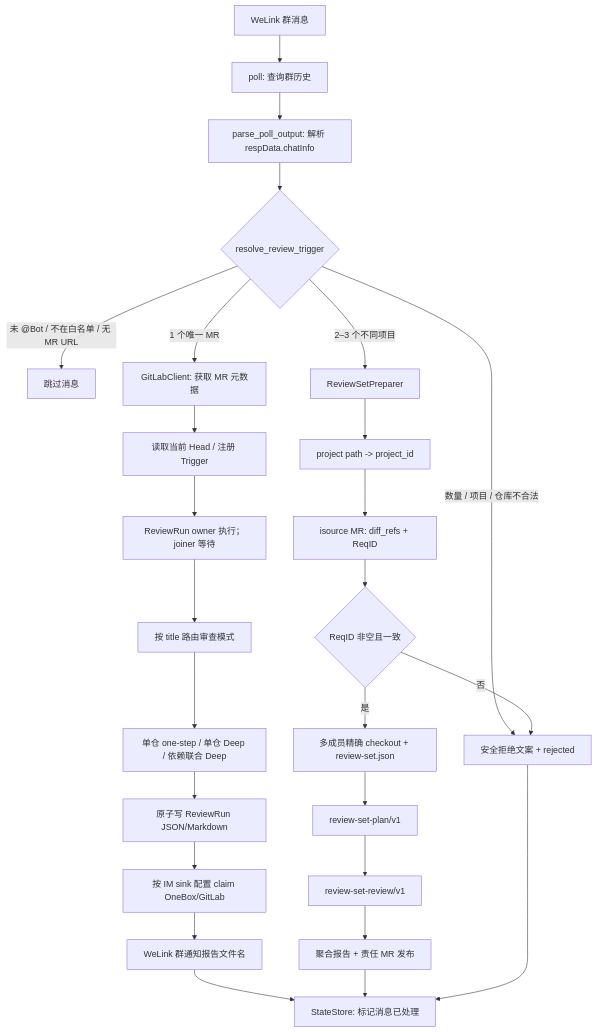
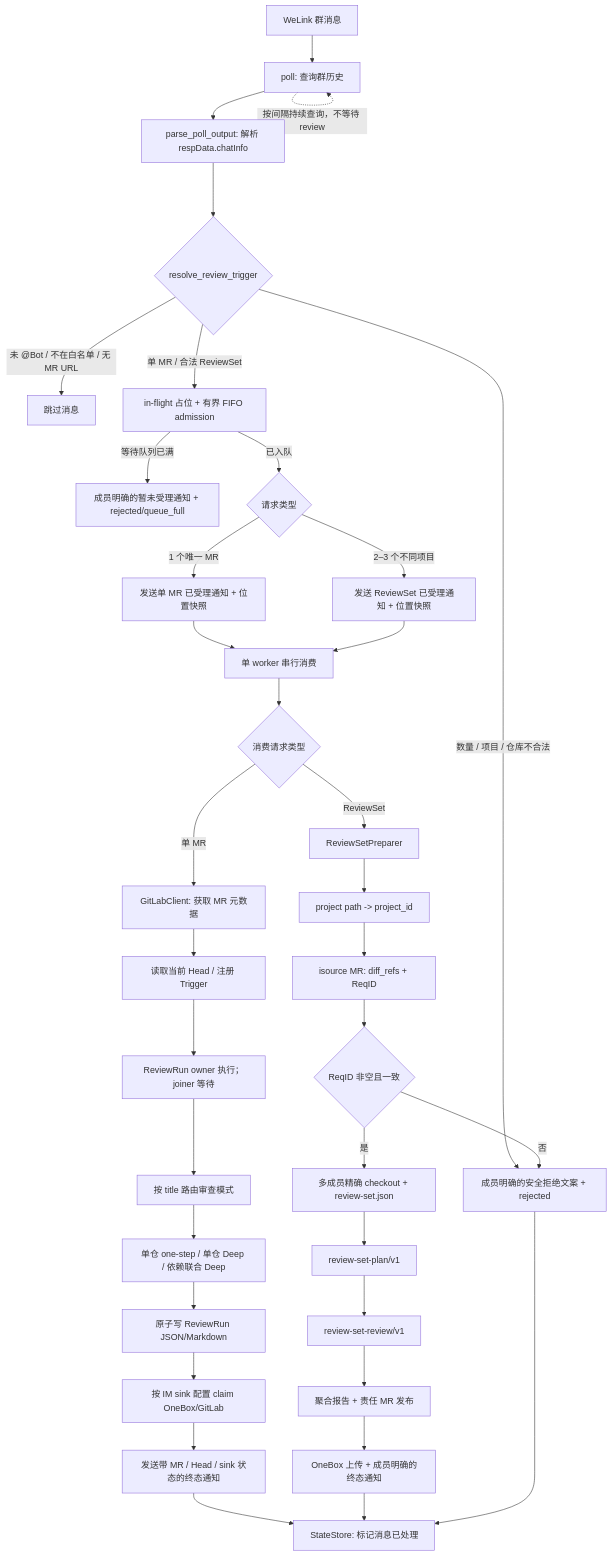
The second of 3 diagrams in docs/DESIGN.md (Faye-663/code-mr-reviewer), drawn with Mermaid before and after one commit. The commit also changed other lines of this file and 17 other files, not shown here.

````diff
--- a/docs/DESIGN.md
+++ b/docs/DESIGN.md
@@ -43,28 +43,38 @@
 ```mermaid
 flowchart TD
     A["WeLink 群消息"] --> B["poll: 查询群历史"]
+    B -. "按间隔持续查询，不等待 review" .-> B
     B --> C["parse_poll_output: 解析 respData.chatInfo"]
     C --> D{"resolve_review_trigger"}
     D -- "未 @Bot / 不在白名单 / 无 MR URL" --> E["跳过消息"]
-    D -- "1 个唯一 MR" --> F["GitLabClient: 获取 MR 元数据"]
-    D -- "2–3 个不同项目" --> R["ReviewSetPreparer"]
-    D -- "数量 / 项目 / 仓库不合法" --> X["安全拒绝文案 + rejected"]
+    D -- "单 MR / 合法 ReviewSet" --> Q["in-flight 占位 + 有界 FIFO admission"]
+    Q -- "等待队列已满" --> QX["成员明确的暂未受理通知 + rejected/queue_full"]
+    Q -- "已入队" --> QT{"请求类型"}
+    QT -- "1 个唯一 MR" --> A1["发送单 MR 已受理通知 + 位置快照"]
+    QT -- "2–3 个不同项目" --> A2["发送 ReviewSet 已受理通知 + 位置快照"]
+    A1 --> W["单 worker 串行消费"]
+    A2 --> W
+    W --> WT{"消费请求类型"}
+    WT -- "单 MR" --> F["GitLabClient: 获取 MR 元数据"]
+    WT -- "ReviewSet" --> R["ReviewSetPreparer"]
+    D -- "数量 / 项目 / 仓库不合法" --> X["成员明确的安全拒绝文案 + rejected"]
     F --> F2["读取当前 Head / 注册 Trigger"]
     F2 --> G["ReviewRun owner 执行；joiner 等待"]
     G --> H["按 title 路由审查模式"]
     H --> H2["单仓 one-step / 单仓 Deep / 依赖联合 Deep"]
     H2 --> I["原子写 ReviewRun JSON/Markdown"]
     I --> J["按 IM sink 配置 claim OneBox/GitLab"]
-    J --> K["WeLink 群通知报告文件名"]
+    J --> K["发送带 MR / Head / sink 状态的终态通知"]
     K --> L["StateStore: 标记消息已处理"]
     R --> R2["project path -> project_id"]
     R2 --> R3["isource MR: diff_refs + ReqID"]
     R3 --> R4{"ReqID 非空且一致"}
     R4 -- "否" --> X
     R4 -- "是" --> R5["多成员精确 checkout + review-set.json"]
     R5 --> R6["review-set-plan/v1"]
     R6 --> R7["review-set-review/v1"]
     R7 --> R8["聚合报告 + 责任 MR 发布"]
-    R8 --> L
+    R8 --> R9["OneBox 上传 + 成员明确的终态通知"]
+    R9 --> L
     X --> L
 ```
````
